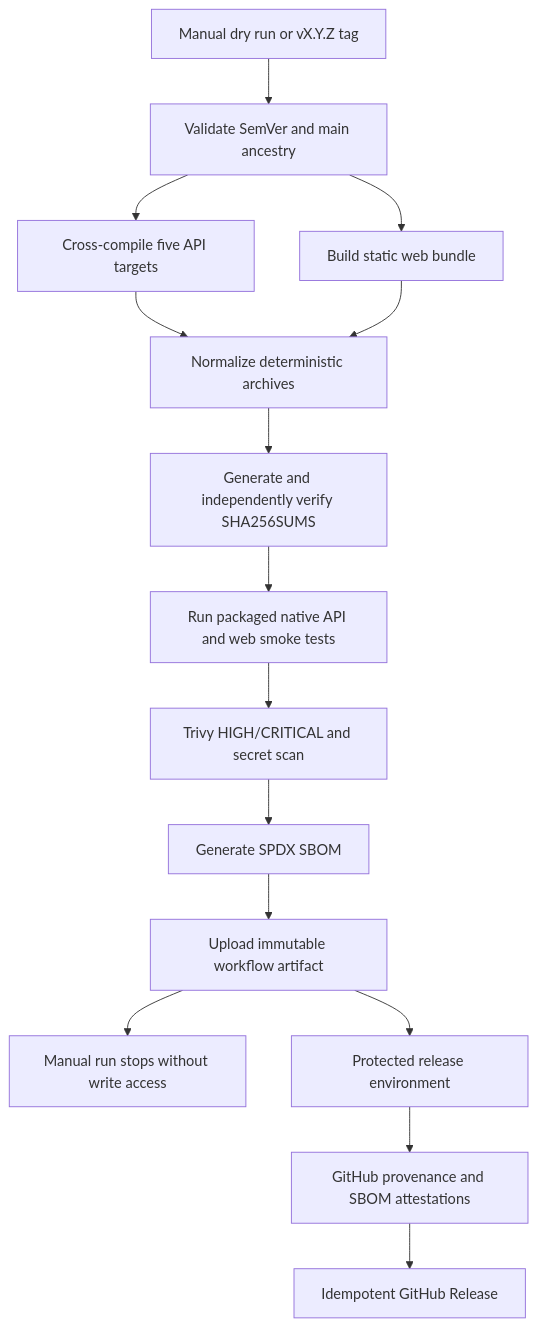
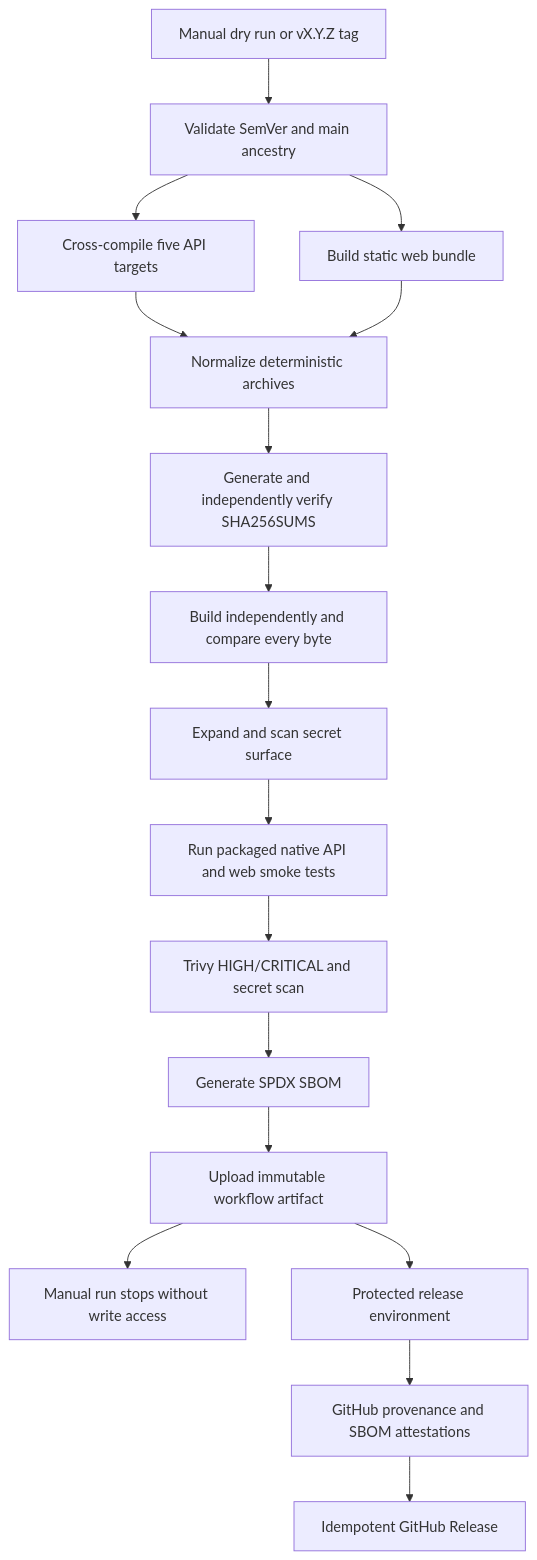
One commit to tensho1026/github-issue-search changed the diagram in docs/delivery.md. Above: the diagram before and after it, drawn with Mermaid. The commit also changed other lines of this file and 43 other files, not shown here.

````diff
--- a/docs/delivery.md
+++ b/docs/delivery.md
@@ -31,17 +43,19 @@
 ```mermaid
 flowchart TD
     Event["Manual dry run or vX.Y.Z tag"] --> Validate["Validate SemVer and main ancestry"]
     Validate --> API["Cross-compile five API targets"]
     Validate --> Web["Build static web bundle"]
     API --> Package["Normalize deterministic archives"]
     Web --> Package
     Package --> Hash["Generate and independently verify SHA256SUMS"]
-    Hash --> Smoke["Run packaged native API and web smoke tests"]
+    Hash --> Repeat["Build independently and compare every byte"]
+    Repeat --> Secret["Expand and scan secret surface"]
+    Secret --> Smoke["Run packaged native API and web smoke tests"]
     Smoke --> Scan["Trivy HIGH/CRITICAL and secret scan"]
     Scan --> SBOM["Generate SPDX SBOM"]
     SBOM --> Evidence["Upload immutable workflow artifact"]
     Evidence --> Dry["Manual run stops without write access"]
     Evidence --> Gate["Protected release environment"]
     Gate --> Attest["GitHub provenance and SBOM attestations"]
     Attest --> Release["Idempotent GitHub Release"]
 ```
````
